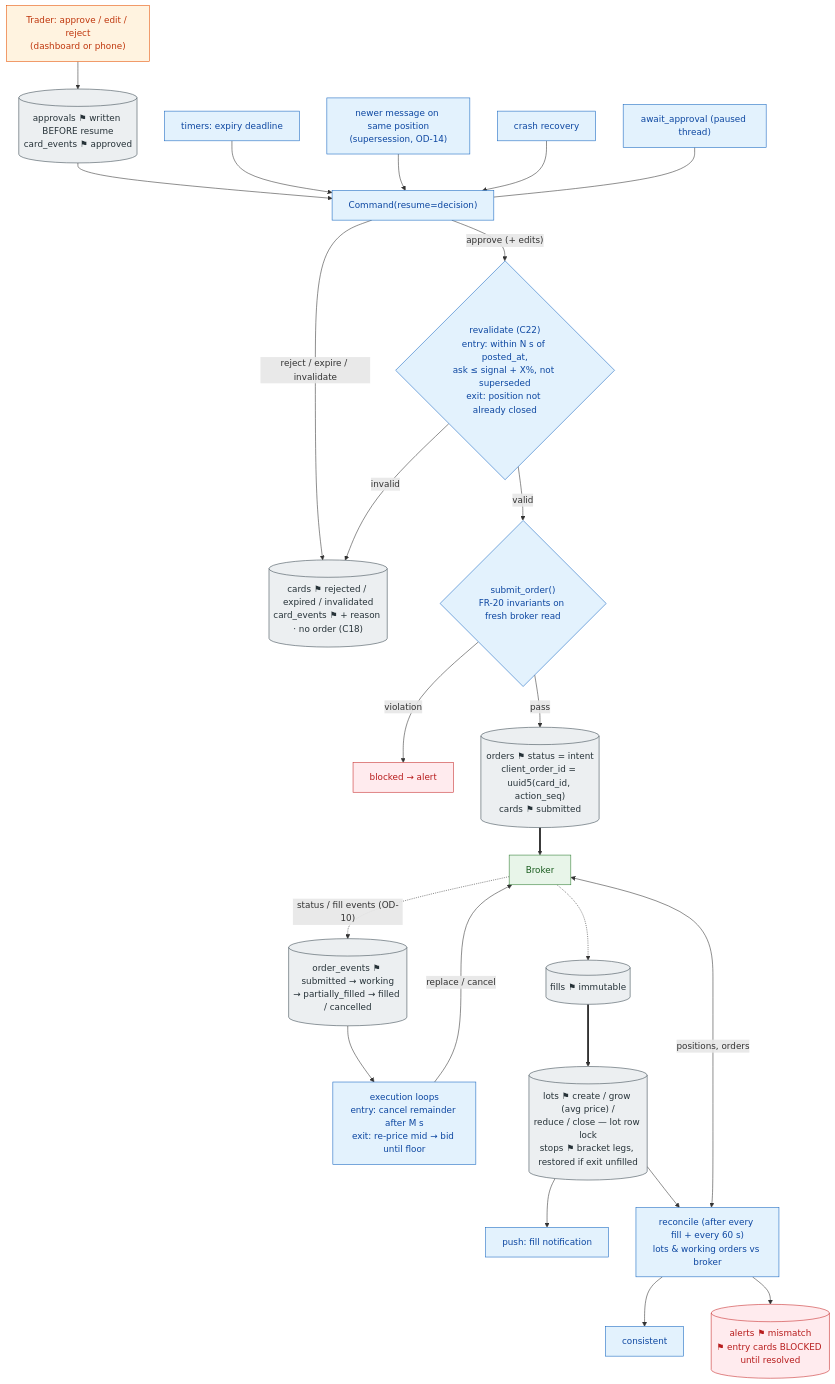
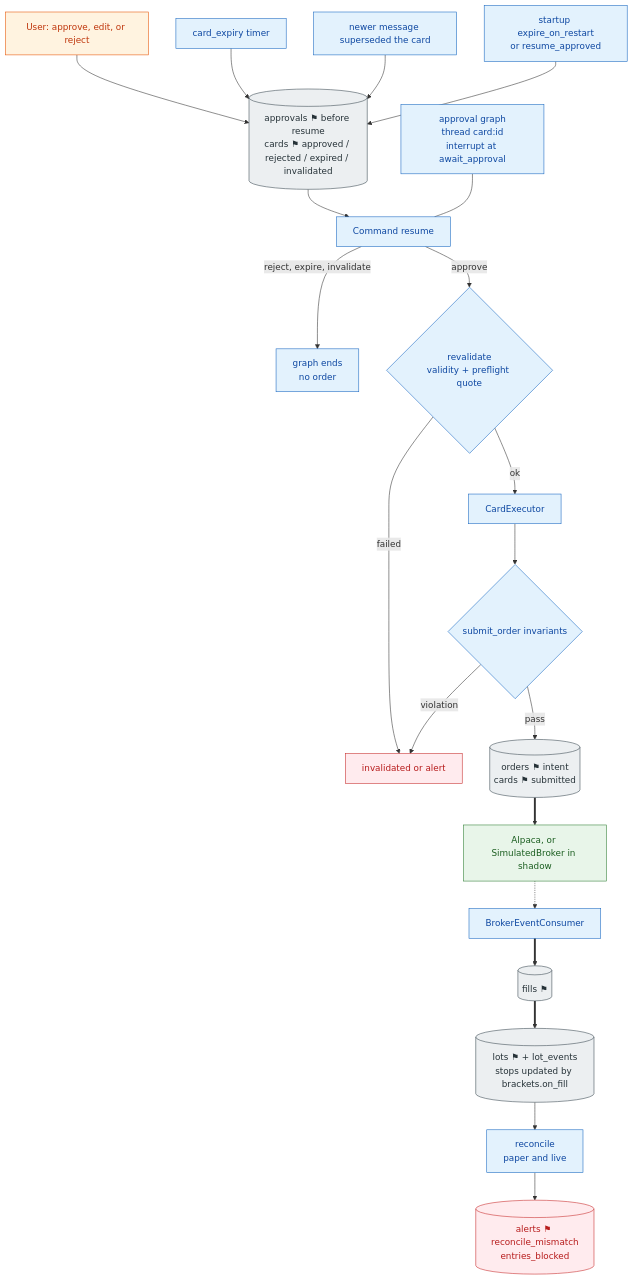
Before and after one commit to idolrun/trading-agent: the second of 2 diagrams in docs/diagrams/03-end-to-end-data-flow.md, drawn with Mermaid. The commit also changed other lines of this file and 131 other files, not shown here.

First line of the commit message:
docs: update architecture and data flow diagrams for clarity and consistency

````diff
--- a/docs/diagrams/03-end-to-end-data-flow.md
+++ b/docs/diagrams/03-end-to-end-data-flow.md
@@ -87,55 +92,49 @@
 ```mermaid
 flowchart TB
     classDef code fill:#e3f2fd,stroke:#1565c0,color:#0d47a1
     classDef ext fill:#e8f5e9,stroke:#2e7d32,color:#1b5e20
     classDef store fill:#eceff1,stroke:#37474f,color:#263238
     classDef human fill:#fff3e0,stroke:#e65100,color:#bf360c
     classDef fail fill:#ffebee,stroke:#c62828,color:#b71c1c
 
-    AW["await_approval (paused thread)"]:::code
-    U["Trader: approve / edit / reject<br/>(dashboard or phone)"]:::human
-    TMR["timers: expiry deadline"]:::code
-    SUP["newer message on same position<br/>(supersession, OD-14)"]:::code
-    CR["crash recovery"]:::code
+    AW["approval graph<br/>thread card:id<br/>interrupt at await_approval"]:::code
+    U["User: approve, edit, or reject"]:::human
+    TMR["card_expiry timer"]:::code
+    SUP["newer message superseded the card"]:::code
+    CR["startup expire_on_restart<br/>or resume_approved"]:::code
 
-    AP[("approvals ⚑ written BEFORE resume<br/>card_events ⚑ approved")]:::store
-    RES["Command(resume=decision)"]:::code
-    TERM[("cards ⚑ rejected / expired / invalidated<br/>card_events ⚑ + reason · no order (C18)")]:::store
+    AP[("approvals ⚑ before resume<br/>cards ⚑ approved / rejected / expired / invalidated")]:::store
+    RES["Command resume"]:::code
+    TERM["graph ends<br/>no order"]:::code
 
-    RV{"revalidate (C22)<br/>entry: within N s of posted_at,<br/>ask ≤ signal + X%, not superseded<br/>exit: position not already closed"}:::code
-    INV{"submit_order()<br/>FR-20 invariants on fresh broker read"}:::code
-    BLK["blocked → alert"]:::fail
-    OI[("orders ⚑ status = intent<br/>client_order_id = uuid5(card_id, action_seq)<br/>cards ⚑ submitted")]:::store
-    BRK["Broker"]:::ext
-    OE[("order_events ⚑ submitted → working<br/>→ partially_filled → filled / cancelled")]:::store
-    LOOP["execution loops<br/>entry: cancel remainder after M s<br/>exit: re-price mid → bid until floor"]:::code
-    FL[("fills ⚑ immutable")]:::store
-    LOT[("lots ⚑ create / grow (avg price) /<br/>reduce / close — lot row lock<br/>stops ⚑ bracket legs, restored if exit unfilled")]:::store
-    NP["push: fill notification"]:::code
-    RC["reconcile (after every fill + every 60 s)<br/>lots & working orders vs broker"]:::code
-    OK["consistent"]:::code
-    MM[("alerts ⚑ mismatch<br/>⚑ entry cards BLOCKED until resolved")]:::fail
+    RV{"revalidate<br/>validity + preflight quote"}:::code
+    EX["CardExecutor"]:::code
+    INV{"submit_order invariants"}:::code
+    BLK["invalidated or alert"]:::fail
+    OI[("orders ⚑ intent<br/>cards ⚑ submitted")]:::store
+    BRK["Alpaca, or SimulatedBroker in shadow"]:::ext
+    CONS["BrokerEventConsumer"]:::code
+    FL[("fills ⚑")]:::store
+    LOT[("lots ⚑ + lot_events<br/>stops updated by brackets.on_fill")]:::store
+    RC["reconcile<br/>paper and live"]:::code
+    MM[("alerts ⚑ reconcile_mismatch<br/>entries_blocked")]:::fail
 
-    U --> AP --> RES
-    TMR --> RES
-    SUP --> RES
-    CR --> RES
+    U --> AP
+    TMR --> AP
+    SUP --> AP
+    CR --> AP
+    AP --> RES
     AW --- RES
-    RES -->|"reject / expire / invalidate"| TERM
-    RES -->|"approve (+ edits)"| RV
-    RV -->|"invalid"| TERM
-    RV -->|"valid"| INV
+    RES -->|"reject, expire, invalidate"| TERM
+    RES -->|"approve"| RV
+    RV -->|"failed"| BLK
+    RV -->|"ok"| EX --> INV
     INV -->|"violation"| BLK
     INV -->|"pass"| OI
     OI ==> BRK
-    BRK -.->|"status / fill events (OD-10)"| OE
-    OE --> LOOP
-    LOOP -->|"replace / cancel"| BRK
-    BRK -.-> FL
+    BRK -.-> CONS
+    CONS ==> FL
     FL ==> LOT
-    LOT --> NP
     LOT --> RC
-    RC <-->|"positions, orders"| BRK
-    RC --> OK
     RC --> MM
 ```
````
